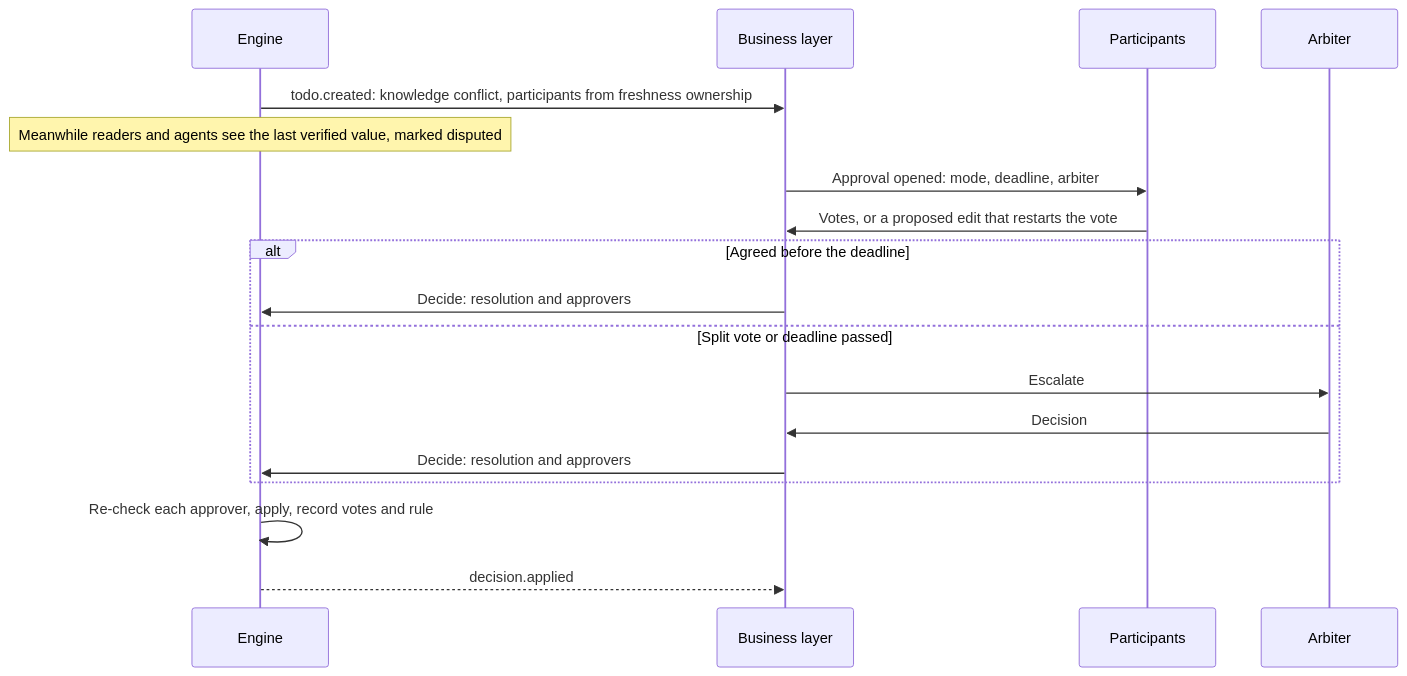
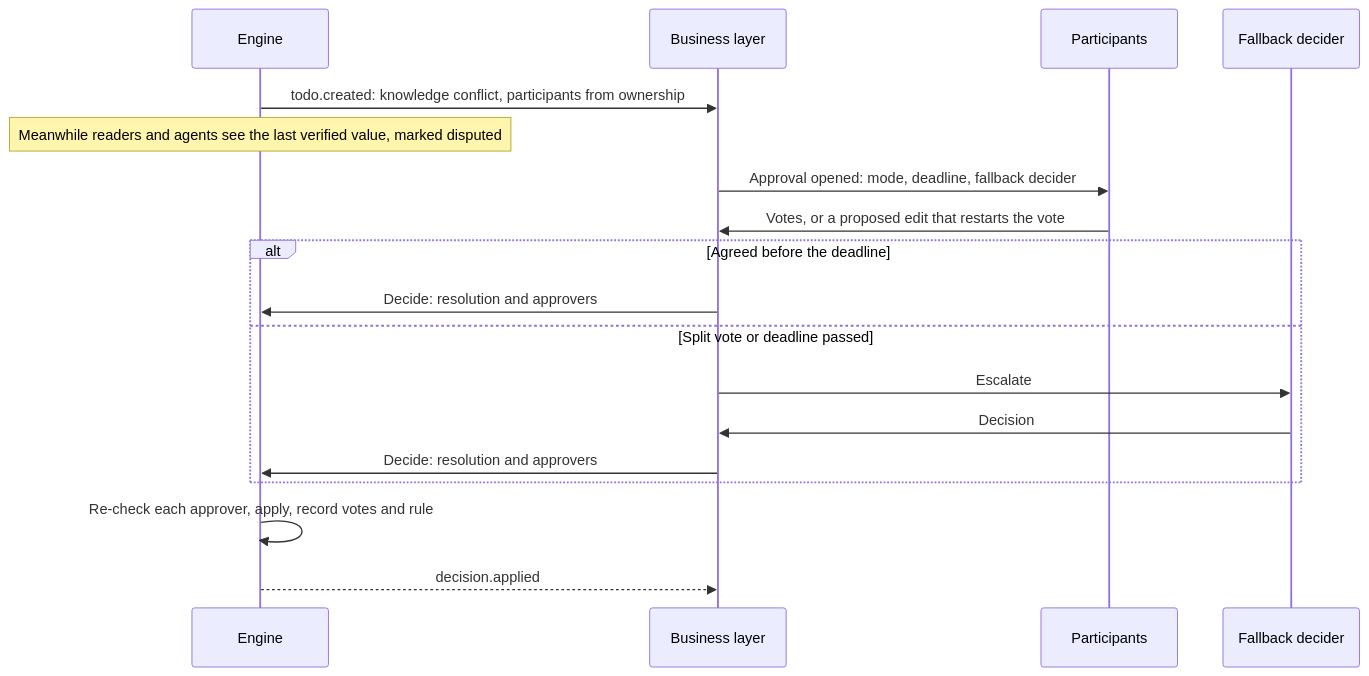
Before and after one commit to AngelMsger/Inspiration: the first of 2 diagrams in docs/design/business-layer.md, drawn with Mermaid. The commit also changed other lines of this file and 9 other files, not shown here.

````diff
--- a/docs/design/business-layer.md
+++ b/docs/design/business-layer.md
@@ -191,20 +192,20 @@
 ```mermaid
 sequenceDiagram
   participant E as Engine
   participant B as Business layer
   participant P as Participants
-  participant A as Arbiter
-  E->>B: todo.created: knowledge conflict, participants from freshness ownership
+  participant F as Fallback decider
+  E->>B: todo.created: knowledge conflict, participants from ownership
   Note over E: Meanwhile readers and agents see the last verified value, marked disputed
-  B->>P: Approval opened: mode, deadline, arbiter
+  B->>P: Approval opened: mode, deadline, fallback decider
   P->>B: Votes, or a proposed edit that restarts the vote
   alt Agreed before the deadline
     B->>E: Decide: resolution and approvers
   else Split vote or deadline passed
-    B->>A: Escalate
-    A->>B: Decision
+    B->>F: Escalate
+    F->>B: Decision
     B->>E: Decide: resolution and approvers
   end
   E->>E: Re-check each approver, apply, record votes and rule
   E-->>B: decision.applied
 ```
````
